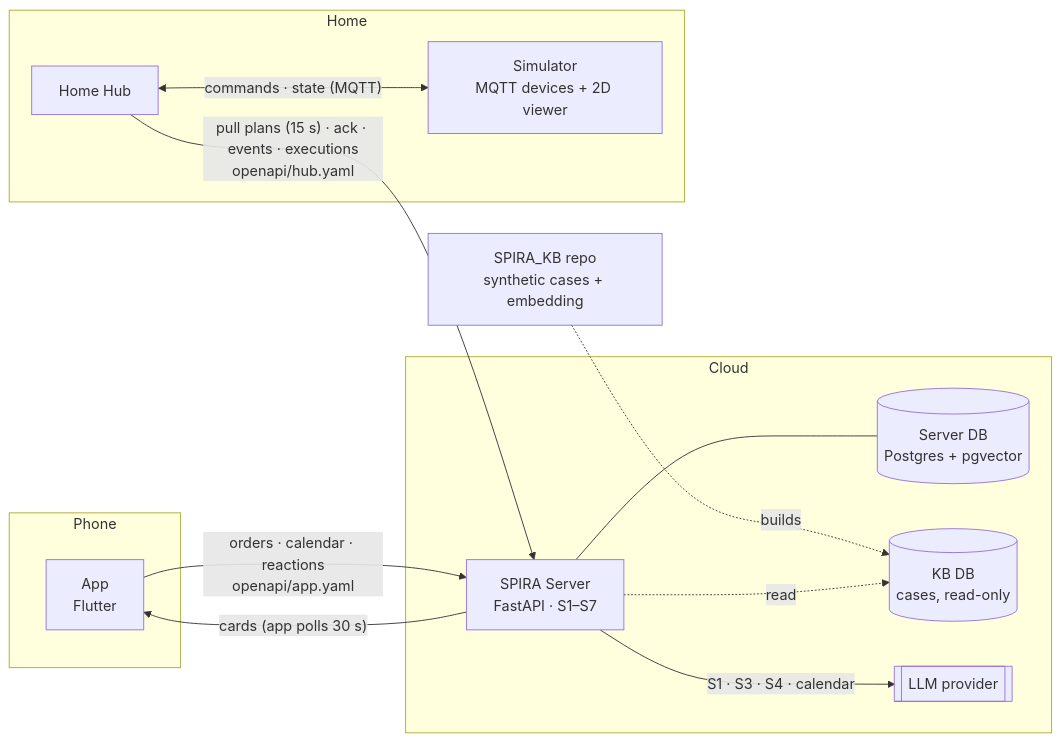
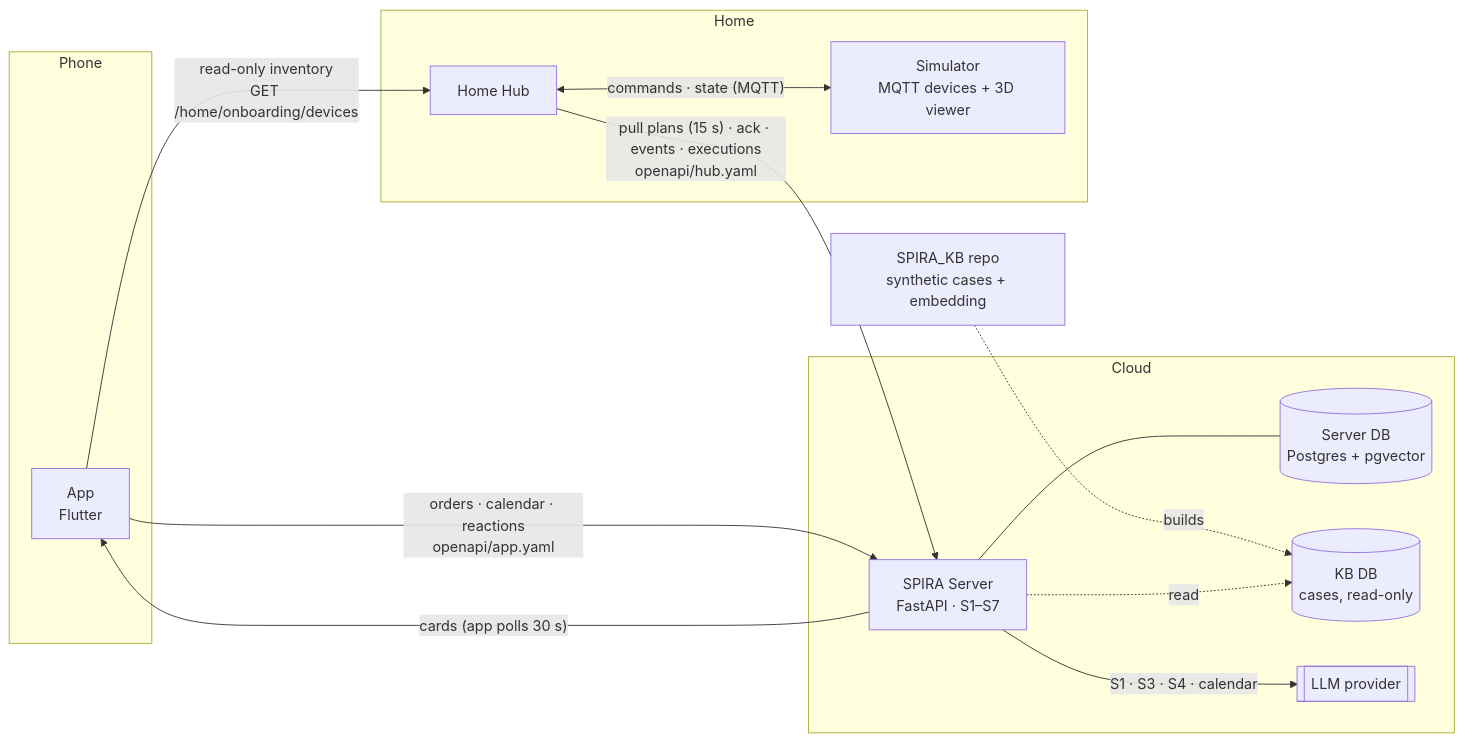
Before and after one commit to CSE-SPIRA/SPIRA: the diagram in docs/architecture.md, drawn with Mermaid. The commit also changed other lines of this file and 21 other files, not shown here.

````diff
--- a/docs/architecture.md
+++ b/docs/architecture.md
@@ -7,24 +7,25 @@
 ```mermaid
 flowchart LR
   subgraph Phone
     APP[App<br/>Flutter]
   end
   subgraph Cloud
     SRV[SPIRA Server<br/>FastAPI · S1–S7]
     SDB[(Server DB<br/>Postgres + pgvector)]
     KDB[(KB DB<br/>cases, read-only)]
     LLM[[LLM provider]]
   end
   subgraph Home
     HUB[Home Hub]
-    SIM[Simulator<br/>MQTT devices + 2D viewer]
+    SIM[Simulator<br/>MQTT devices + 3D viewer]
   end
   KB[SPIRA_KB repo<br/>synthetic cases + embedding] -. builds .-> KDB
   APP -- "orders · calendar · reactions<br/>openapi/app.yaml" --> SRV
+  APP -- "read-only inventory<br/>GET /home/onboarding/devices" --> HUB
   SRV -- "cards (app polls 30 s)" --> APP
   HUB -- "pull plans (15 s) · ack · events · executions<br/>openapi/hub.yaml" --> SRV
   HUB <-- "commands · state (MQTT)" --> SIM
   SRV --- SDB
   SRV -. read .-> KDB
   SRV -- "S1 · S3 · S4 · calendar" --> LLM
 ```
````
